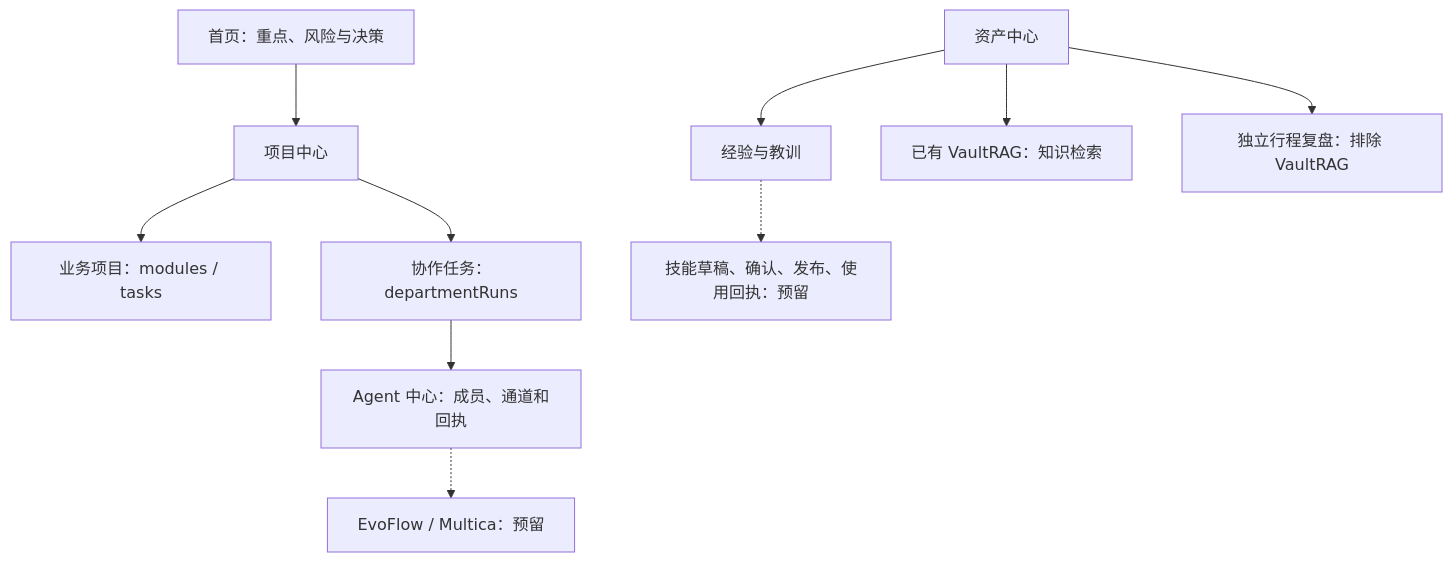
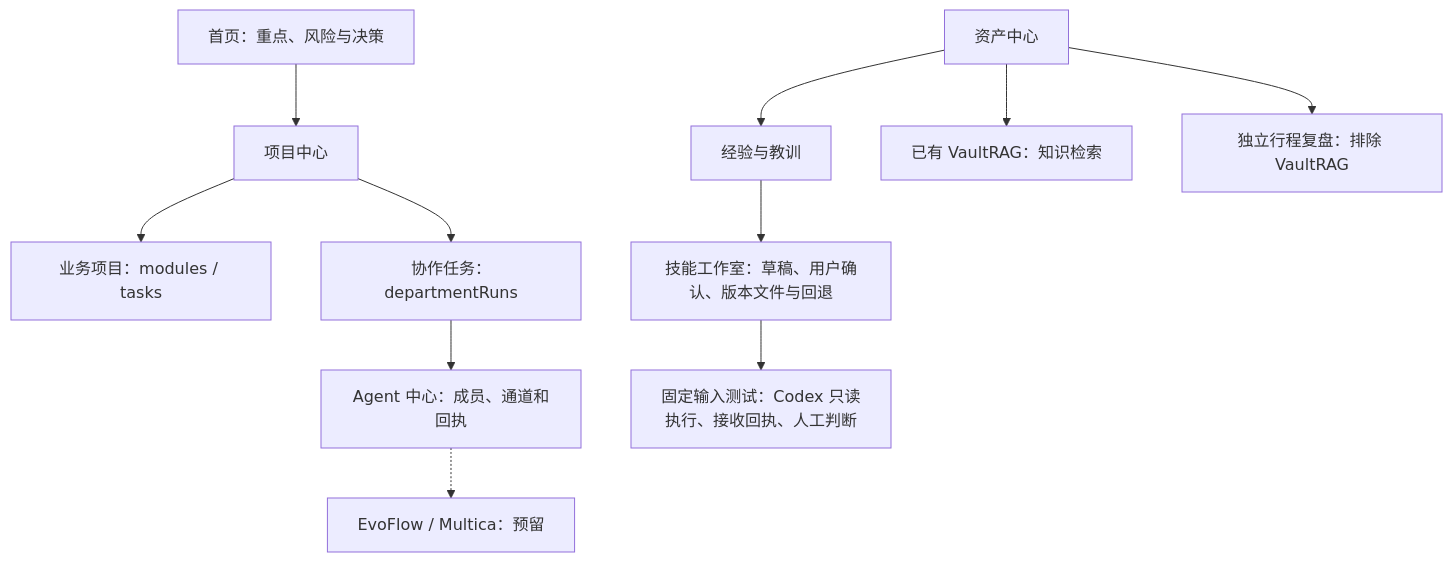
One commit to diyiresh/workbench-type-1 changed the tenth of 10 diagrams in docs/工作台全图-类型1.md. Above: the diagram before and after it, drawn with Mermaid. The commit also changed other lines of this file and 26 other files, not shown here.

Commit message:
Add confirmed versioned skill studio with bounded Codex tests

````diff
--- a/docs/工作台全图-类型1.md
+++ b/docs/工作台全图-类型1.md
@@ -267,12 +267,13 @@
 ```mermaid
 flowchart TB
   home["首页：重点、风险与决策"] --> projects["项目中心"]
   projects --> business["业务项目：modules / tasks"]
   projects --> runs["协作任务：departmentRuns"]
   runs --> agents["Agent 中心：成员、通道和回执"]
   assets["资产中心"] --> lessons["经验与教训"]
-  lessons -.-> skills["技能草稿、确认、发布、使用回执：预留"]
+  lessons --> skills["技能工作室：草稿、用户确认、版本文件与回退"]
+  skills --> tests["固定输入测试：Codex 只读执行、接收回执、人工判断"]
   assets --> vault["已有 VaultRAG：知识检索"]
   assets --> reviews["独立行程复盘：排除 VaultRAG"]
   agents -.-> extensions["EvoFlow / Multica：预留"]
 ```
````
